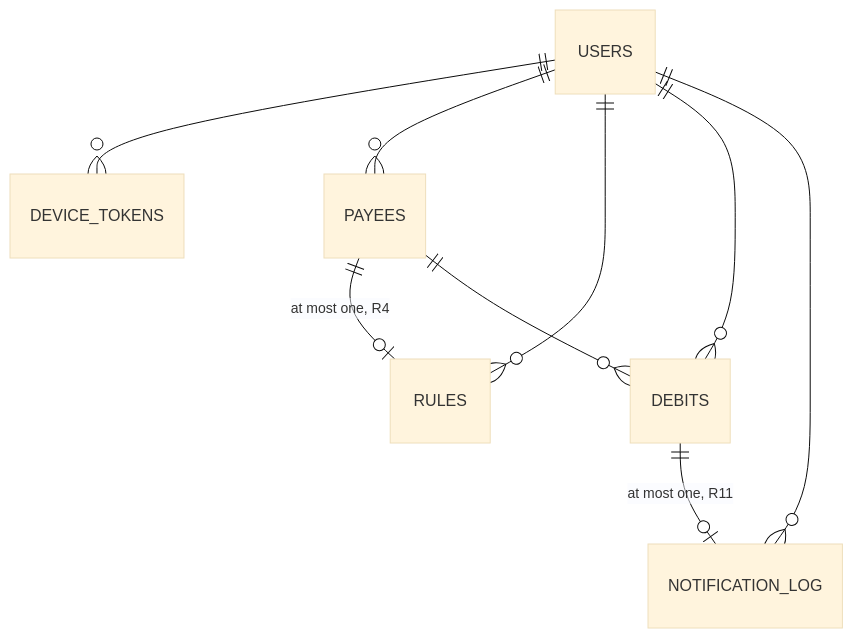
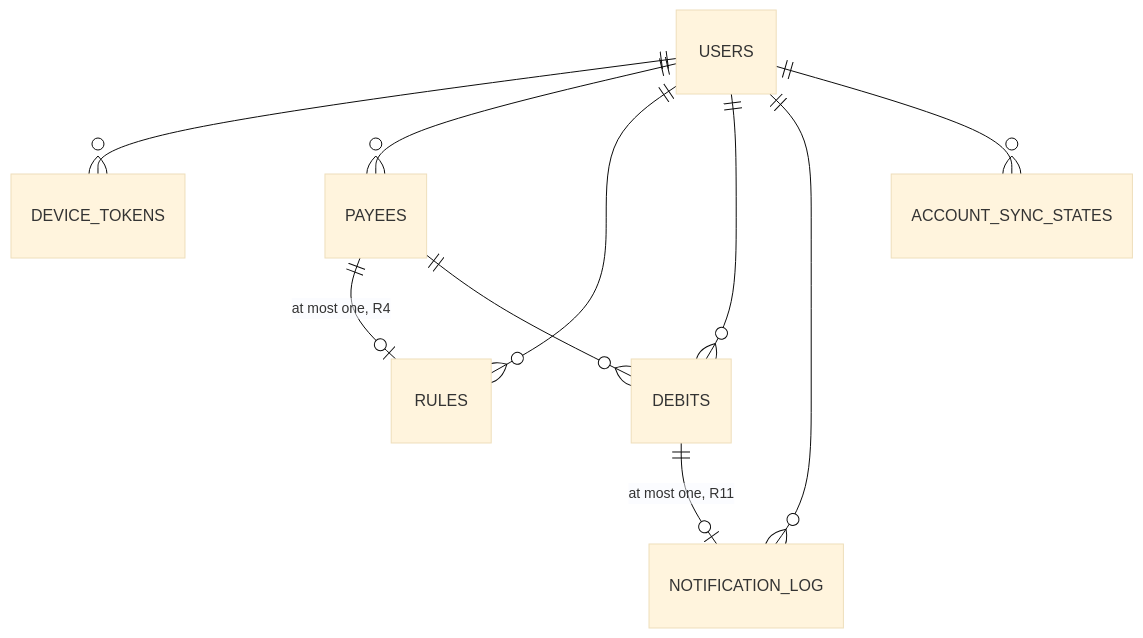
One commit to adrachnev/greedy-nose changed the second of 2 diagrams in ARCHITECTURE.md. Above: the diagram before and after it, drawn with Mermaid (base theme). The commit also changed other lines of this file and 9 other files, not shown here.

First line of the commit message:
Decide first-sync mode from AccountSyncStates, all-or-nothing

````diff
--- a/ARCHITECTURE.md
+++ b/ARCHITECTURE.md
@@ -104,11 +104,12 @@
 ```mermaid
 erDiagram
     USERS ||--o{ DEVICE_TOKENS : ""
     USERS ||--o{ PAYEES : ""
     USERS ||--o{ RULES : ""
     USERS ||--o{ DEBITS : ""
     USERS ||--o{ NOTIFICATION_LOG : ""
+    USERS ||--o{ ACCOUNT_SYNC_STATES : ""
     PAYEES ||--o| RULES : "at most one, R4"
     PAYEES ||--o{ DEBITS : ""
     DEBITS ||--o| NOTIFICATION_LOG : "at most one, R11"
 ```
````
